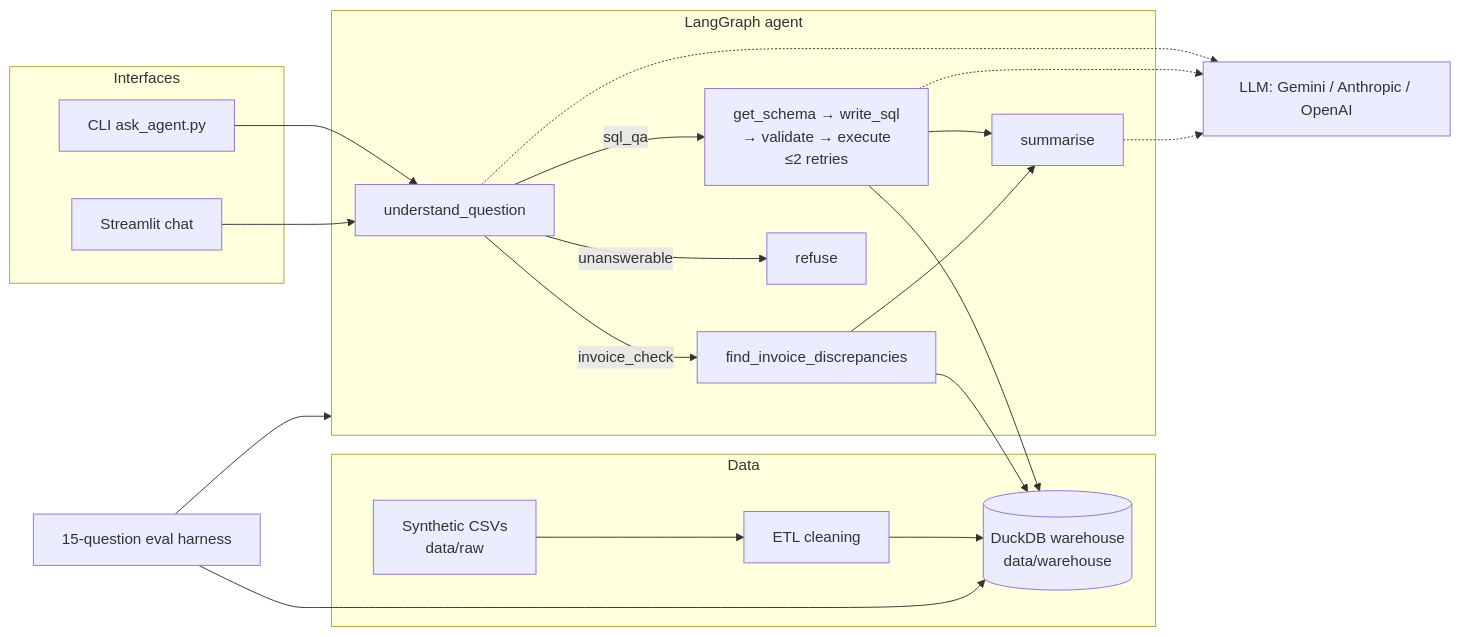
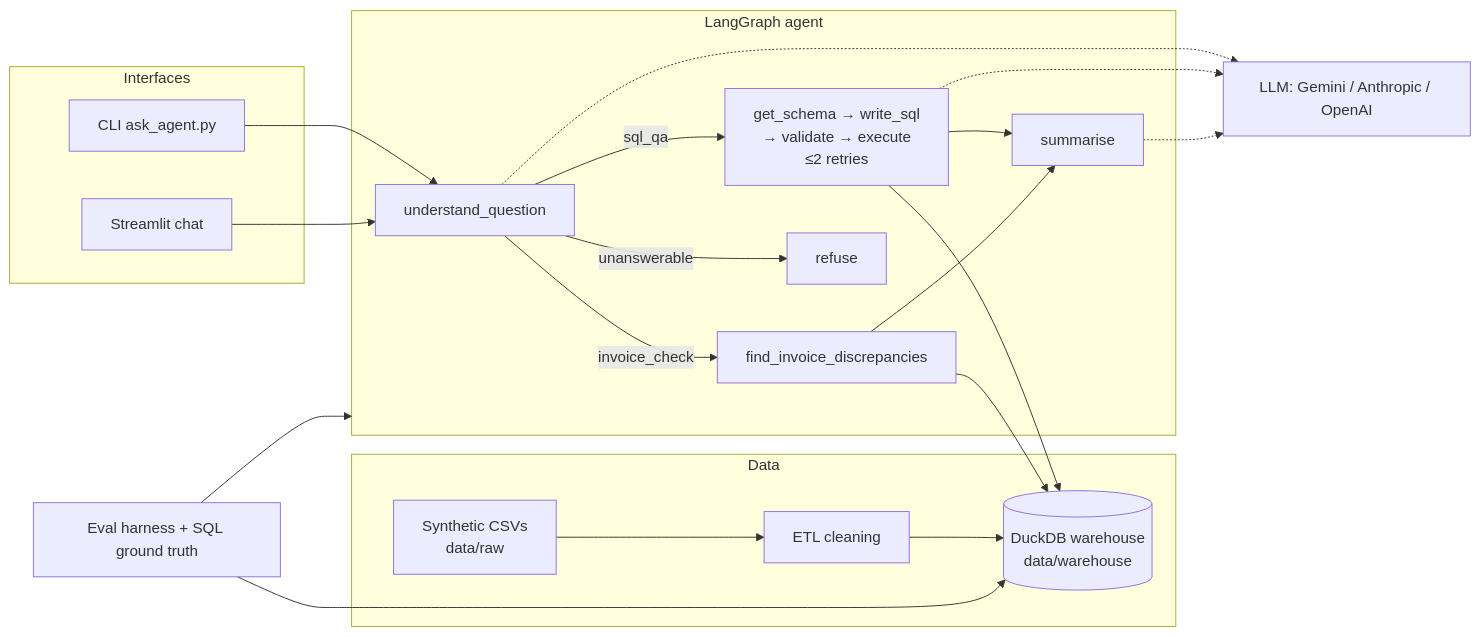
The diagram in README.md (darynamatviienko/shipping-data-agent), drawn with Mermaid before and after one commit. The commit also changed other lines of this file and 1 other file, not shown here.

First line of the commit message:
Ignore private/ notes and document SQL safety plus eval bank size

````diff
--- a/README.md
+++ b/README.md
@@ -11,36 +11,36 @@
 ```mermaid
 flowchart LR
   subgraph ingest [Data]
     CSV[Synthetic CSVs<br/>data/raw]
     ETL[ETL cleaning]
     DB[(DuckDB warehouse<br/>data/warehouse)]
     CSV --> ETL --> DB
   end
 
   subgraph agent [LangGraph agent]
     U[understand_question]
     U -->|sql_qa| S[get_schema → write_sql<br/>→ validate → execute<br/>≤2 retries]
     U -->|invoice_check| D[find_invoice_discrepancies]
     U -->|unanswerable| R[refuse]
     S --> Sum[summarise]
     D --> Sum
   end
 
   subgraph ui [Interfaces]
     CLI[CLI ask_agent.py]
     ST[Streamlit chat]
   end
 
   LLM[LLM: Gemini / Anthropic / OpenAI]
-  Eval[15-question eval harness]
+  Eval[Eval harness + SQL ground truth]
 
   CLI --> U
   ST --> U
   S --> DB
   D --> DB
   U -.-> LLM
   S -.-> LLM
   Sum -.-> LLM
   Eval --> agent
   Eval --> DB
 ```
````
